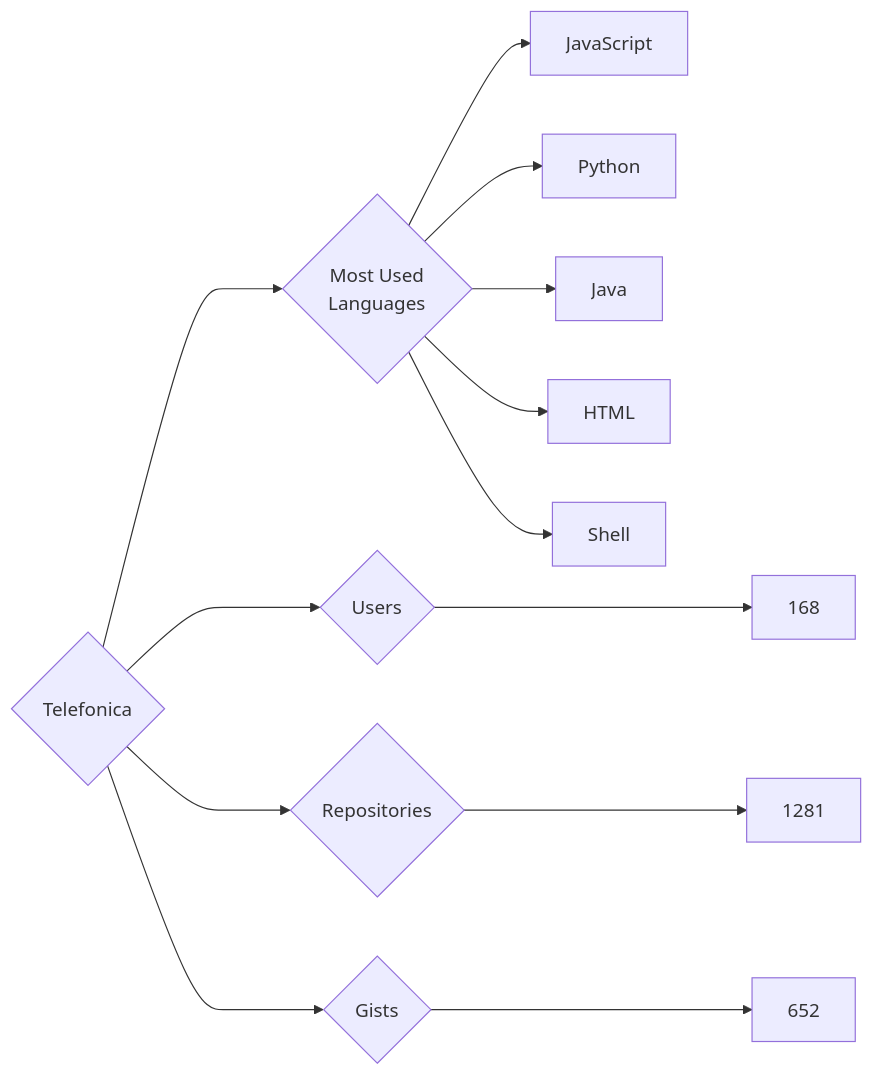
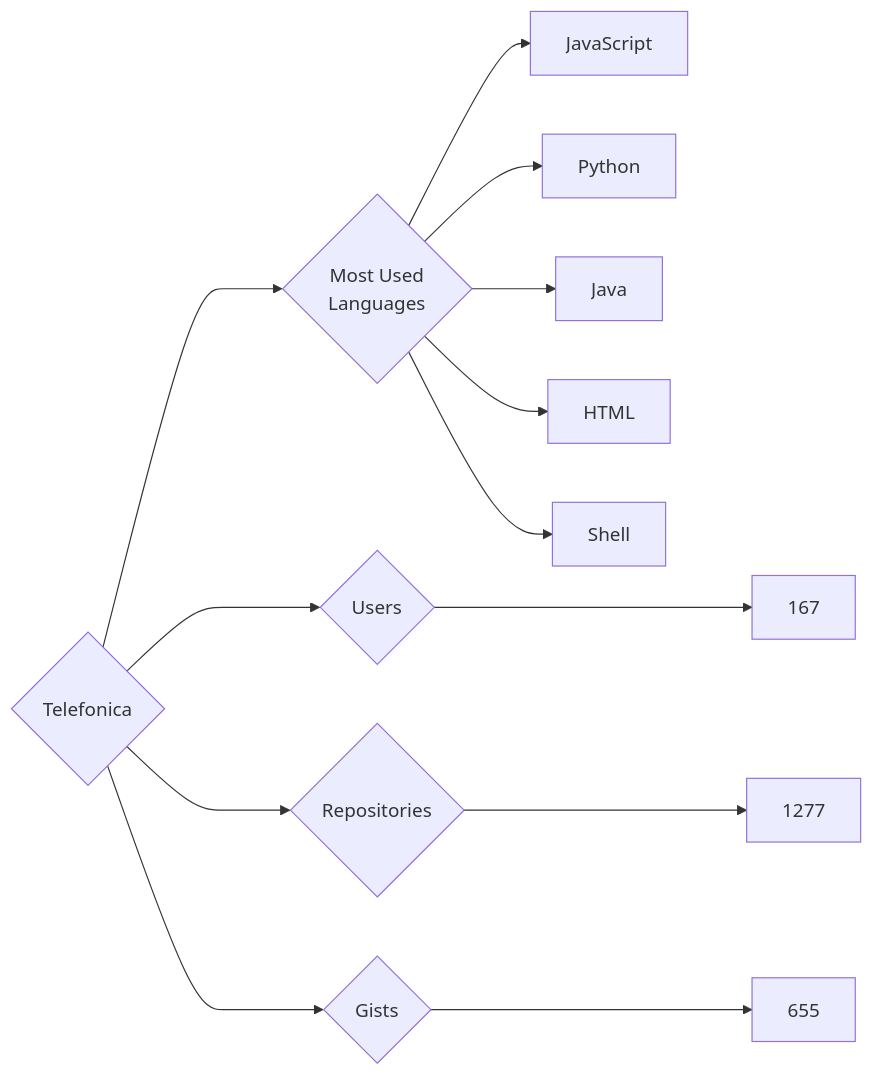
The diagram in targets/Telefonica/README.md (trickest/insiders), drawn with Mermaid before and after one commit. The commit also changed 835 other files, not shown here.

````diff
--- a/targets/Telefonica/README.md
+++ b/targets/Telefonica/README.md
@@ -3,13 +3,13 @@
 ```mermaid
 graph LR
 COMPANY_NAME{Telefonica}
-COMPANY_NAME ---> U{Users} ---> UN[168]
-COMPANY_NAME ---> R{Repositories} ---> RN[1281]
-COMPANY_NAME ---> G{Gists} ---> GN[652]
+COMPANY_NAME ---> U{Users} ---> UN[167]
+COMPANY_NAME ---> R{Repositories} ---> RN[1277]
+COMPANY_NAME ---> G{Gists} ---> GN[655]
 COMPANY_NAME ---> ML{Most Used<br>Languages}
 ML --> JavaScript[JavaScript]
 ML --> Python[Python]
 ML --> Java[Java]
 ML --> HTML[HTML]
 ML --> Shell[Shell]
 ```
````
